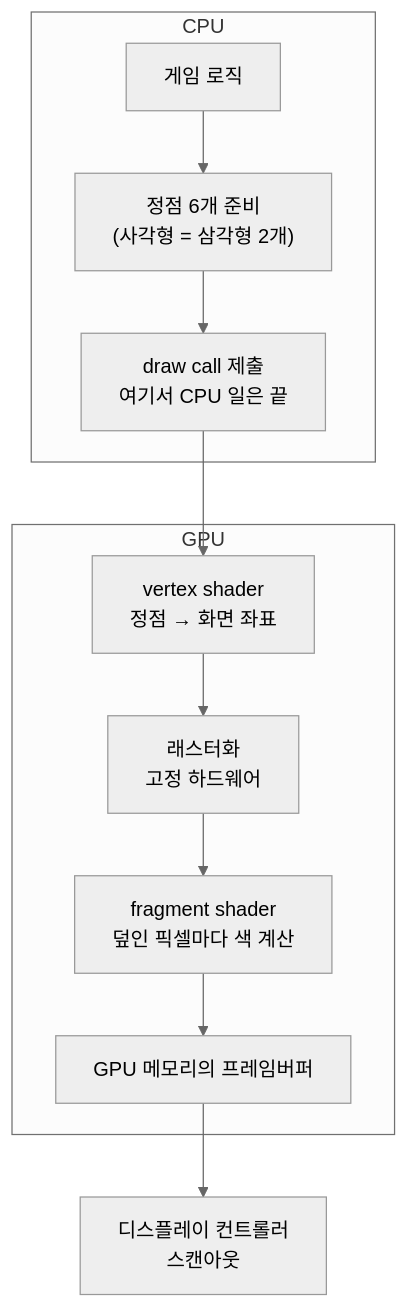
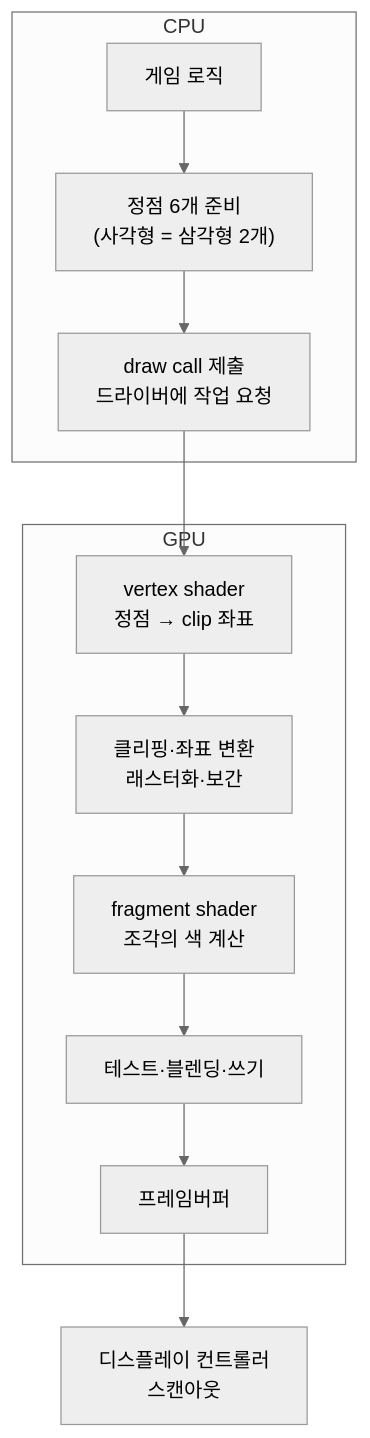
The second of 7 diagrams in docs/blog/part3-rendering-and-ui.md (Rein-ArXiv/Tetris-Multiplayer-RL), drawn with Mermaid (neutral theme) before and after one commit. The commit also changed other lines of this file and 51035 other files, not shown here.

````diff
--- a/docs/blog/part3-rendering-and-ui.md
+++ b/docs/blog/part3-rendering-and-ui.md
@@ -75,14 +77,15 @@
 ```mermaid
 graph TB
     subgraph CPUSIDE["CPU"]
         A["게임 로직"] --> B["정점 6개 준비<br/>(사각형 = 삼각형 2개)"]
-        B --> C["draw call 제출<br/>여기서 CPU 일은 끝"]
+        B --> C["draw call 제출<br/>드라이버에 작업 요청"]
     end
     subgraph GPUSIDE["GPU"]
-        D["vertex shader<br/>정점 → 화면 좌표"] --> E["래스터화<br/>고정 하드웨어"]
-        E --> F["fragment shader<br/>덮인 픽셀마다 색 계산"]
-        F --> G["GPU 메모리의 프레임버퍼"]
+        D["vertex shader<br/>정점 → clip 좌표"] --> E["클리핑·좌표 변환<br/>래스터화·보간"]
+        E --> F["fragment shader<br/>조각의 색 계산"]
+        F --> T["테스트·블렌딩·쓰기"]
+        T --> G["프레임버퍼"]
     end
     C --> D
     G --> H["디스플레이 컨트롤러<br/>스캔아웃"]
 ```
````
